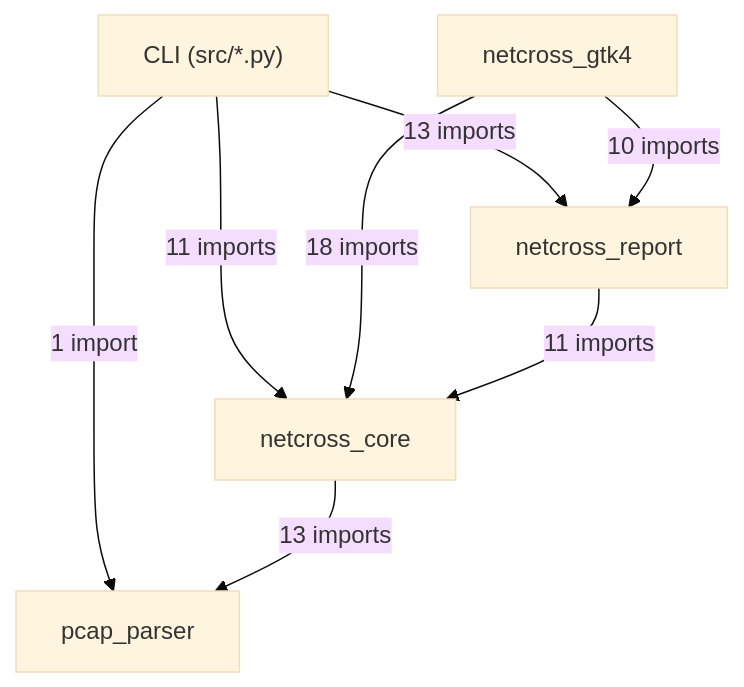
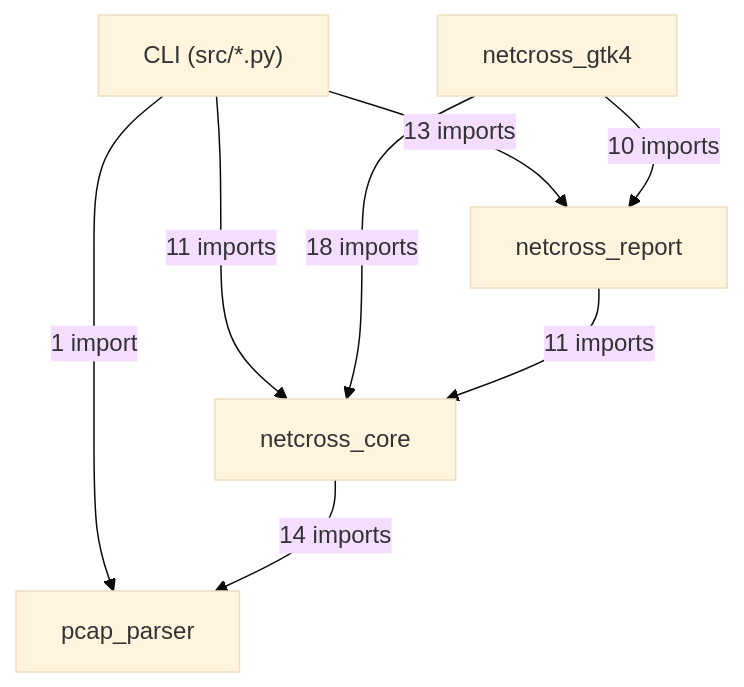
The first of 11 diagrams in docs/class-diagram.md (MathildeDec/Netcross), drawn with Mermaid (base theme) before and after one commit. The commit also changed other lines of this file and 7 other files, not shown here.

````diff
--- a/docs/class-diagram.md
+++ b/docs/class-diagram.md
@@ -26,15 +26,15 @@
 ```mermaid
 flowchart TD
     CLI["CLI (src/*.py)"]
     netcross_gtk4["netcross_gtk4"]
     netcross_report["netcross_report"]
     netcross_core["netcross_core"]
     pcap_parser["pcap_parser"]
     CLI -->|"13 imports"| netcross_report
     CLI -->|"11 imports"| netcross_core
     CLI -->|"1 import"| pcap_parser
     netcross_gtk4 -->|"10 imports"| netcross_report
     netcross_gtk4 -->|"18 imports"| netcross_core
     netcross_report -->|"11 imports"| netcross_core
-    netcross_core -->|"13 imports"| pcap_parser
+    netcross_core -->|"14 imports"| pcap_parser
 ```
````
